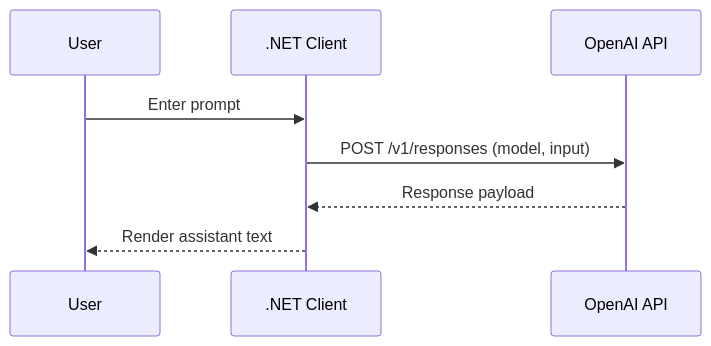
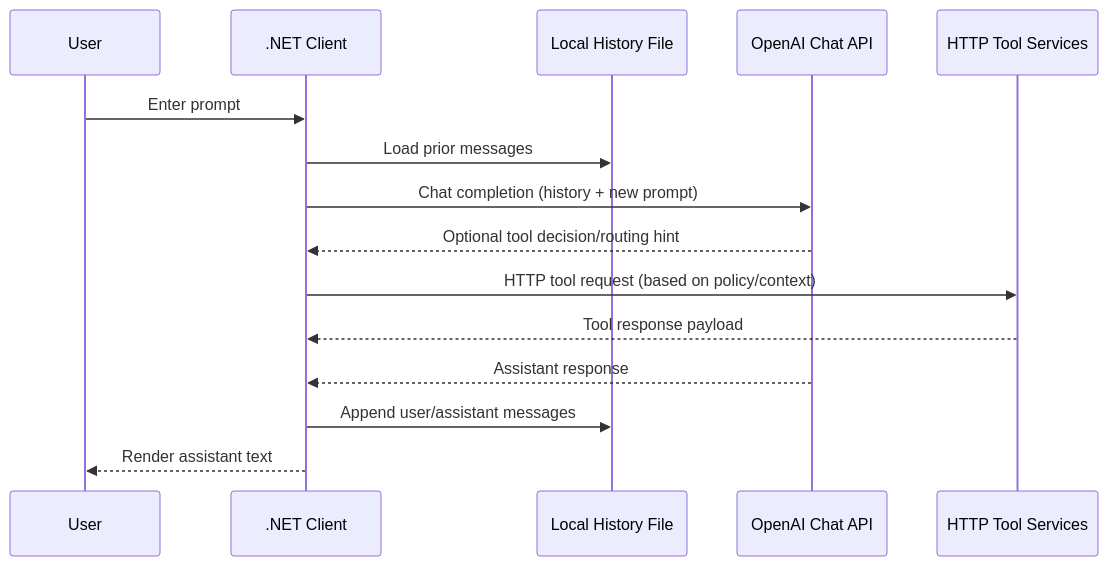
Before and after one commit to chabasinskiprzemyslaw/mcp-poc: the second of 2 diagrams in spec/high-level-design.md, drawn with Mermaid. The commit also changed other lines of this file and 22 other files, not shown here.

First line of the commit message:
feat: Implement MCP client with OpenAI integration and local tool services

````diff
--- a/spec/high-level-design.md
+++ b/spec/high-level-design.md
@@ -64,11 +77,18 @@
 ```mermaid
 sequenceDiagram
     participant U as User
     participant C as .NET Client
-    participant O as OpenAI API
+    participant H as Local History File
+    participant O as OpenAI Chat API
+    participant T as HTTP Tool Services
 
     U->>C: Enter prompt
-    C->>O: POST /v1/responses (model, input)
-    O-->>C: Response payload
+    C->>H: Load prior messages
+    C->>O: Chat completion (history + new prompt)
+    O-->>C: Optional tool decision/routing hint
+    C->>T: HTTP tool request (based on policy/context)
+    T-->>C: Tool response payload
+    O-->>C: Assistant response
+    C->>H: Append user/assistant messages
     C-->>U: Render assistant text
 ```
````
